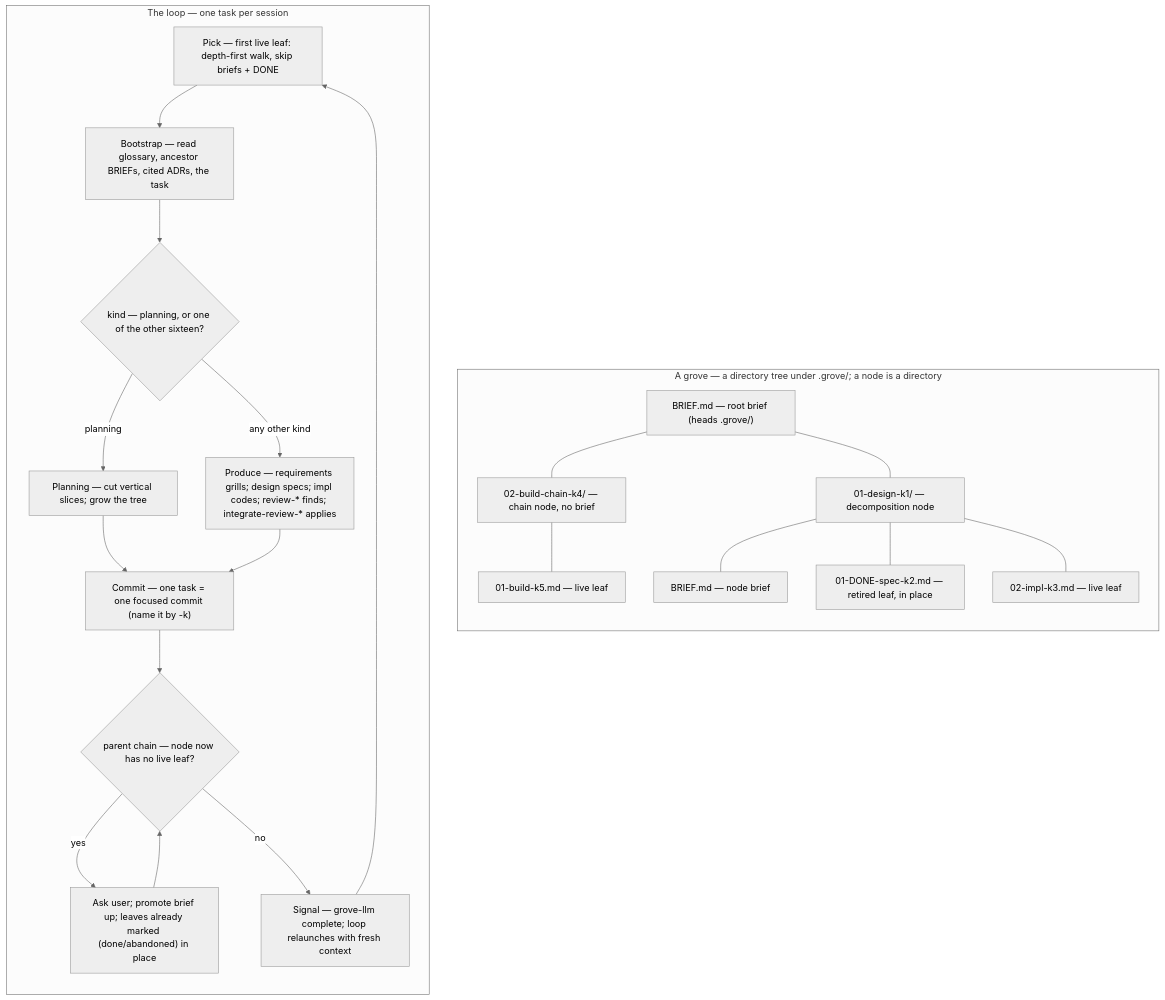
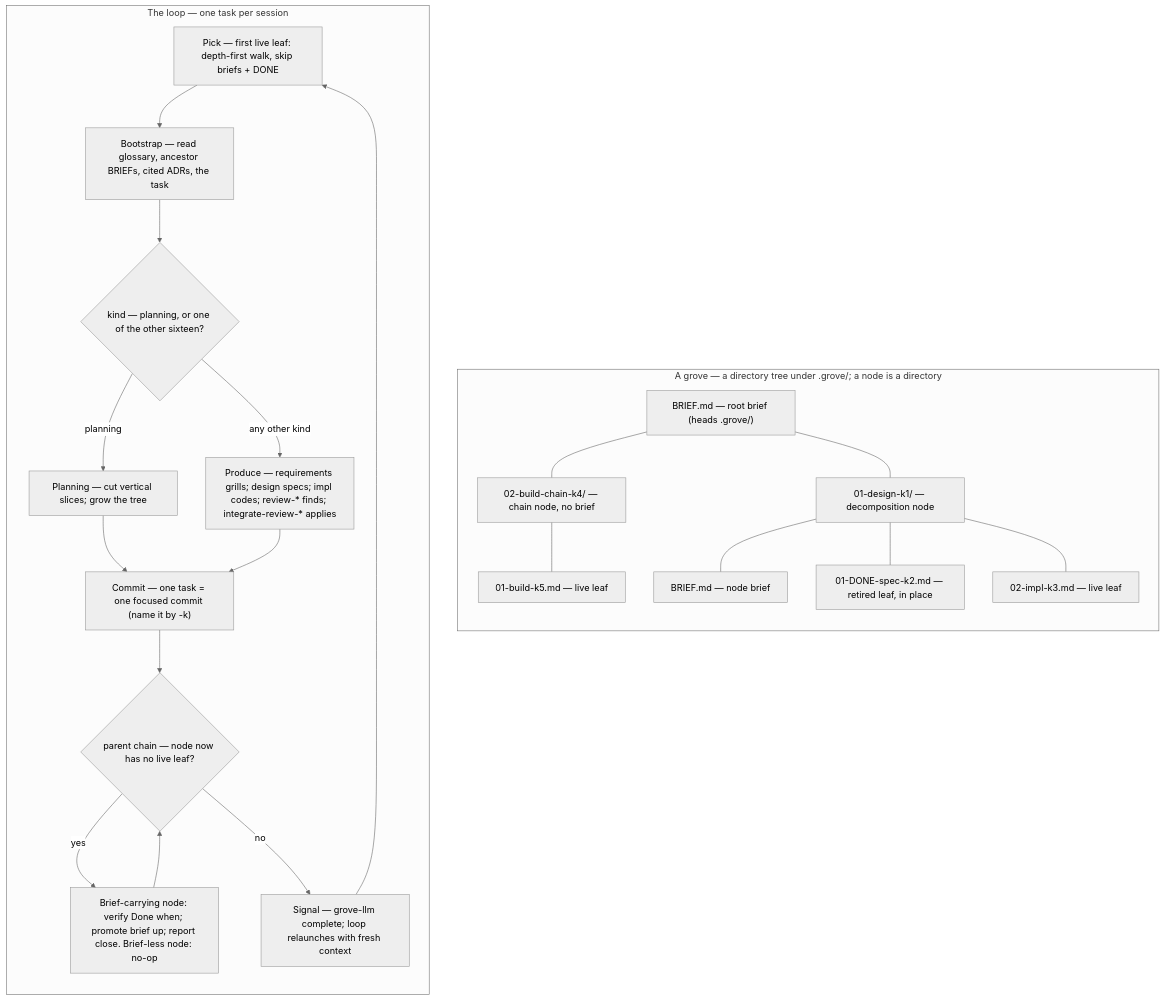
One commit to Linkuistics/grove changed the diagram in content/SKILL.md. Above: the diagram before and after it, drawn with Mermaid (neutral theme). The commit also changed 2 other files, not shown here.

Commit message:
retire-flowchart-confirmation-k18: align Retire flowchart with node-close contract

````diff
--- a/content/SKILL.md
+++ b/content/SKILL.md
@@ -13,37 +13,37 @@
 ```mermaid
 flowchart TD
   subgraph tree["A grove — a directory tree under .grove/; a node is a directory"]
     direction TB
     root["BRIEF.md — root brief (heads .grove/)"]
     n1["01-design-k1/ — decomposition node"]
     nb1["BRIEF.md — node brief"]
     l1["01-DONE-spec-k2.md — retired leaf, in place"]
     l2["02-impl-k3.md — live leaf"]
     n2["02-build-chain-k4/ — chain node, no brief"]
     c1["01-build-k5.md — live leaf"]
     root --- n1
     root --- n2
     n2 --- c1
     n1 --- nb1
     n1 --- l1
     n1 --- l2
   end
   subgraph loop["The loop — one task per session"]
     direction TB
     pick["Pick — first live leaf: depth-first walk, skip briefs + DONE"]
     boot["Bootstrap — read glossary, ancestor BRIEFs, cited ADRs, the task"]
     exec{"kind — planning, or one of the other sixteen?"}
     plan["Planning — cut vertical slices; grow the tree"]
     work["Produce — requirements grills; design specs; impl codes; review-* finds; integrate-review-* applies"]
     commit["Commit — one task = one focused commit (name it by <slug>-k<key>)"]
     retire{"parent chain — node now has no live leaf?"}
-    ret["Ask user; promote brief up; leaves already marked (done/abandoned) in place"]
+    ret["Brief-carrying node: verify Done when; promote brief up; report close. Brief-less node: no-op"]
     signal["Signal — grove-llm complete; loop relaunches with fresh context"]
     pick --> boot --> exec
     exec -->|planning| plan --> commit
     exec -->|any other kind| work --> commit
     commit --> retire
     retire -->|yes| ret --> retire
     retire -->|no| signal --> pick
   end
 ```
````
